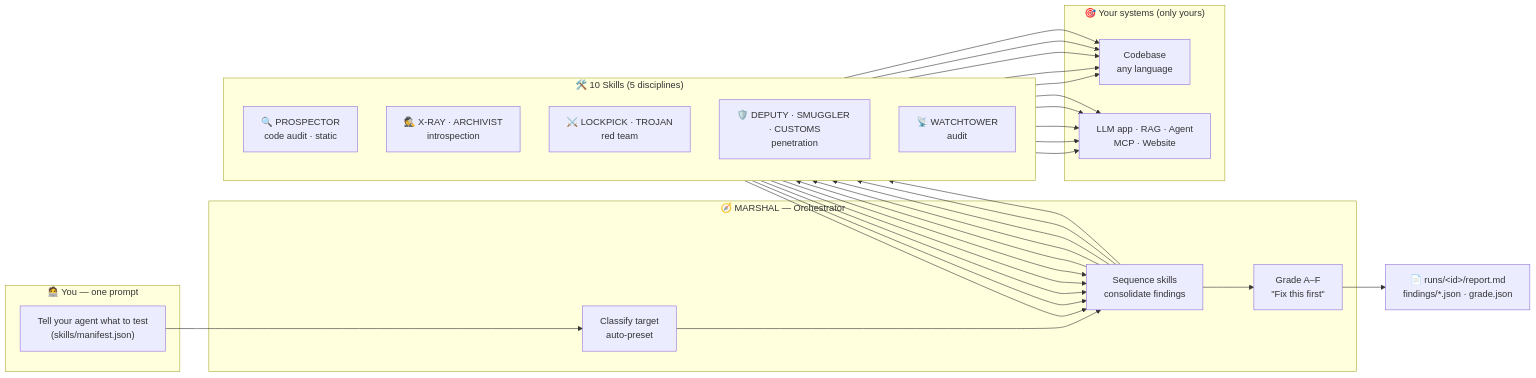
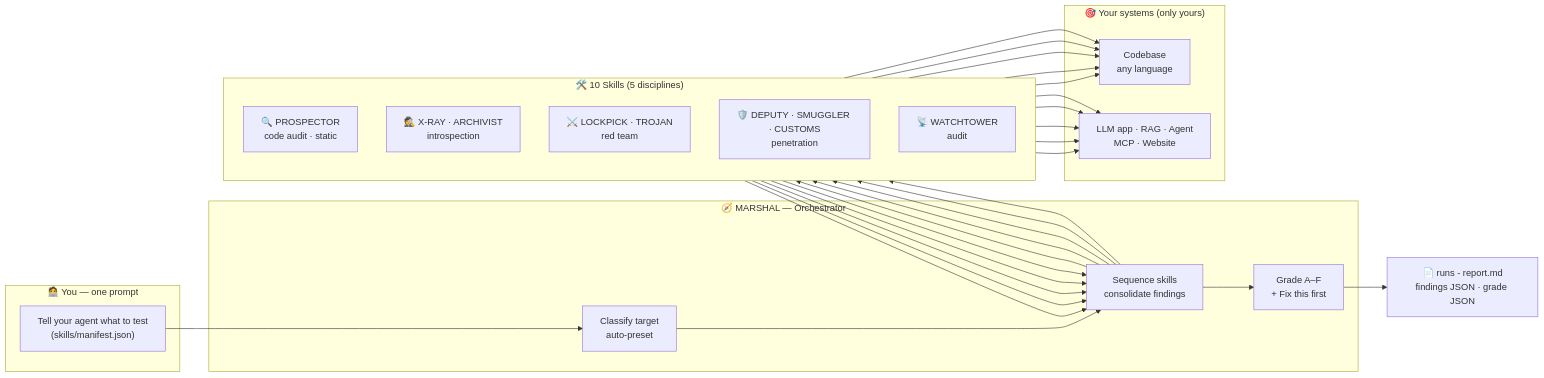
The first of 4 diagrams in README.md (chinna250801/sentinel-llm), drawn with Mermaid before and after one commit. The commit also changed other lines of this file, not shown here.

Commit message:
docs: fix mermaid rendering - valid subgraph syntax, remove HTML entities and angle brackets from node labels

````diff
--- a/README.md
+++ b/README.md
@@ -19,32 +19,32 @@
 ```mermaid
 flowchart LR
     subgraph YOU["🧑‍💻 You — one prompt"]
         U1["Tell your agent what to test<br/>(skills/manifest.json)"]
     end
 
     subgraph ORCH["🧭 MARSHAL — Orchestrator"]
         O1["Classify target<br/>auto-preset"]
         O2["Sequence skills<br/>consolidate findings"]
-        O3["Grade A–F<br/>&quot;Fix this first&quot;"]
+        O3["Grade A–F<br/>+ Fix this first"]
     end
 
     subgraph SKILLS["🛠️ 10 Skills (5 disciplines)"]
         direction TB
         S1["🔍 PROSPECTOR<br/>code audit · static"]
         S2["🕵️ X-RAY · ARCHIVIST<br/>introspection"]
         S3["⚔️ LOCKPICK · TROJAN<br/>red team"]
         S4["🛡️ DEPUTY · SMUGGLER · CUSTOMS<br/>penetration"]
         S5["📡 WATCHTOWER<br/>audit"]
     end
 
     subgraph TARGET["🎯 Your systems (only yours)"]
         T1["Codebase<br/>any language"]
         T2["LLM app · RAG · Agent<br/>MCP · Website"]
     end
 
     U1 --> O1
     O1 --> O2 --> S1 & S2 & S3 & S4 & S5
     S1 & S2 & S3 & S4 & S5 --> T1 & T2
     S1 & S2 & S3 & S4 & S5 --> O2
-    O2 --> O3 --> R["📄 runs/&lt;id&gt;/report.md<br/>findings/*.json · grade.json"]
+    O2 --> O3 --> R["📄 runs - report.md<br/>findings JSON · grade JSON"]
 ```
````
